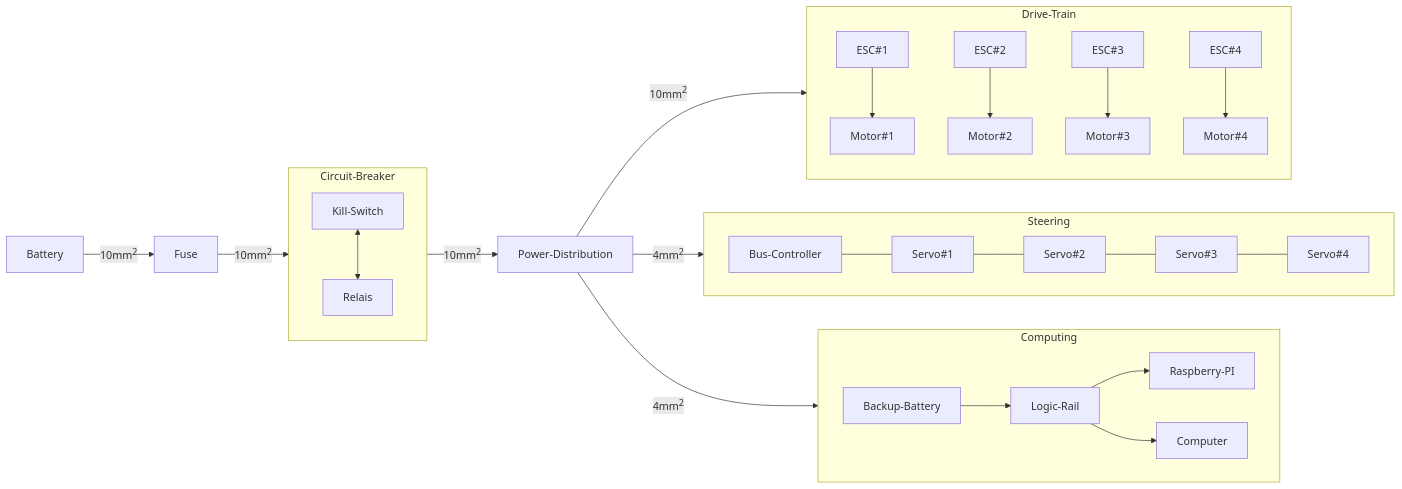
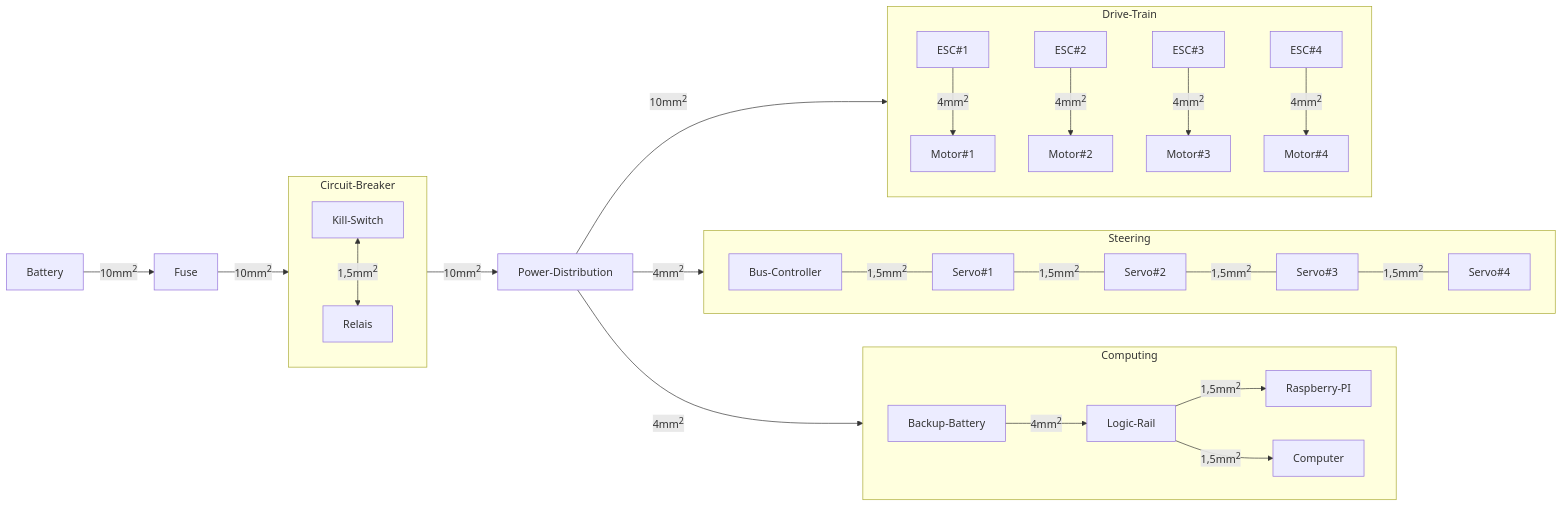
One commit to RWU-R2M/PE changed the diagram in hardware/wiring-diagram.mmd. Above: the diagram before and after it, drawn with Mermaid.

Commit message:
added wire cross-sections for computing subgraph

```diff
--- a/hardware/wiring-diagram.mmd
+++ b/hardware/wiring-diagram.mmd
@@ -1,41 +1,38 @@
 ---
 titel: Wiring Diagram
 ---
 
 graph LR
 
 subgraph Circuit-Breaker
     direction TB
-    Kill-Switch <--> Relais
+    Kill-Switch <--> |1,5mm<sup>2| Relais
 end
 
 
 subgraph Drive-Train
     direction TB
-    ESC#1 --> Motor#1
-    ESC#2 --> Motor#2
-    ESC#3 --> Motor#3
-    ESC#4 --> Motor#4
+    ESC#1 --> |4mm<sup>2| Motor#1
+    ESC#2 --> |4mm<sup>2| Motor#2
+    ESC#3 --> |4mm<sup>2| Motor#3
+    ESC#4 --> |4mm<sup>2| Motor#4
 end
 
 subgraph Steering
     direction LR
-    Bus-Controller ---
-    Servo#1 ---
-    Servo#2 ---
-    Servo#3 ---
-    Servo#4
+    Bus-Controller --- 
+    |1,5mm<sup>2| Servo#1 ---
+    |1,5mm<sup>2| Servo#2 ---
+    |1,5mm<sup>2| Servo#3 ---
+    |1,5mm<sup>2| Servo#4
 end
 
 subgraph Computing
     direction LR
-    Backup-Battery
-    Logic-Rail
-    Raspberry-PI
-    Backup-Battery --> Logic-Rail --> Raspberry-PI & Computer
+    Backup-Battery --> |4mm<sup>2| Logic-Rail --> |1,5mm<sup>2| Raspberry-PI & Computer
 end
 
 Battery --> |10mm<sup>2| Fuse --> |10mm<sup>2|Circuit-Breaker --> |10mm<sup>2| Power-Distribution 
 Power-Distribution --> |10mm<sup>2| Drive-Train
 Power-Distribution --> |4mm<sup>2| Steering
 Power-Distribution --> |4mm<sup>2| Computing
```
